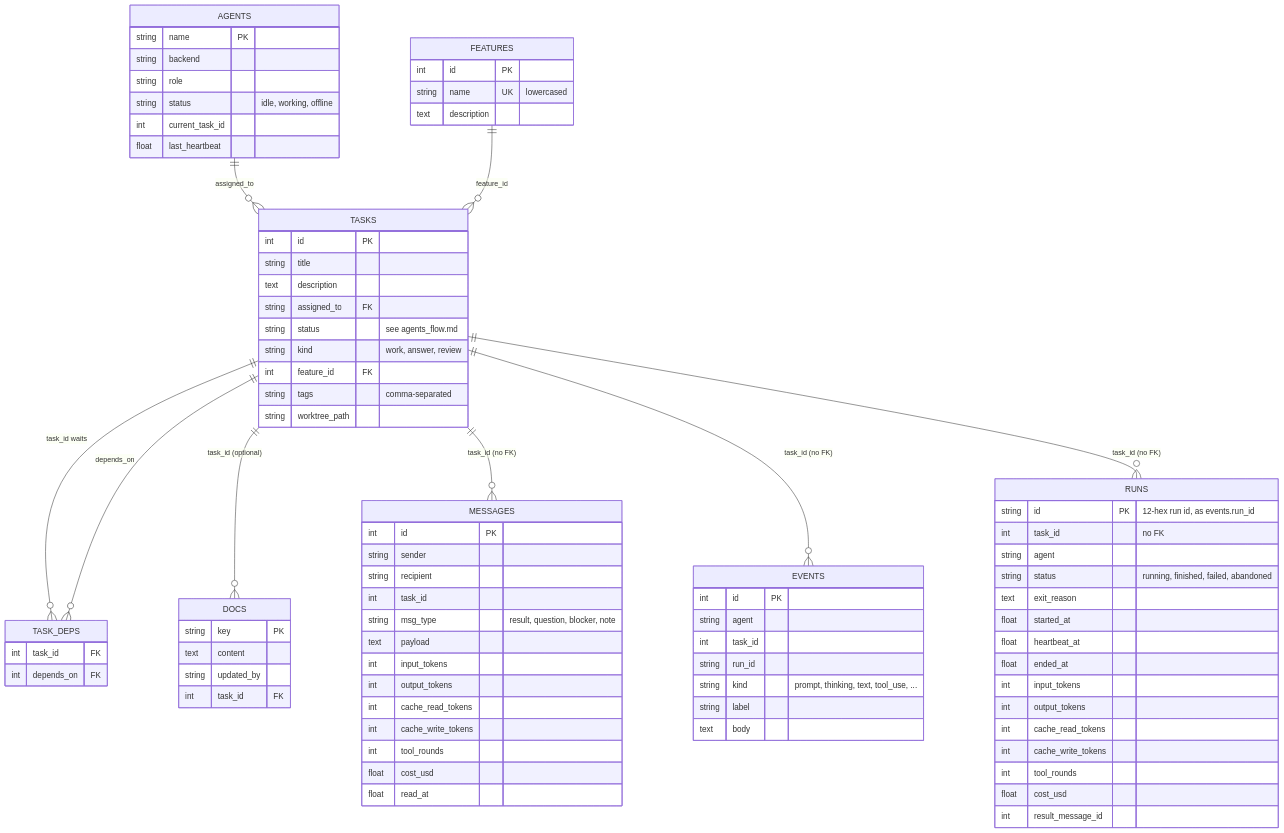
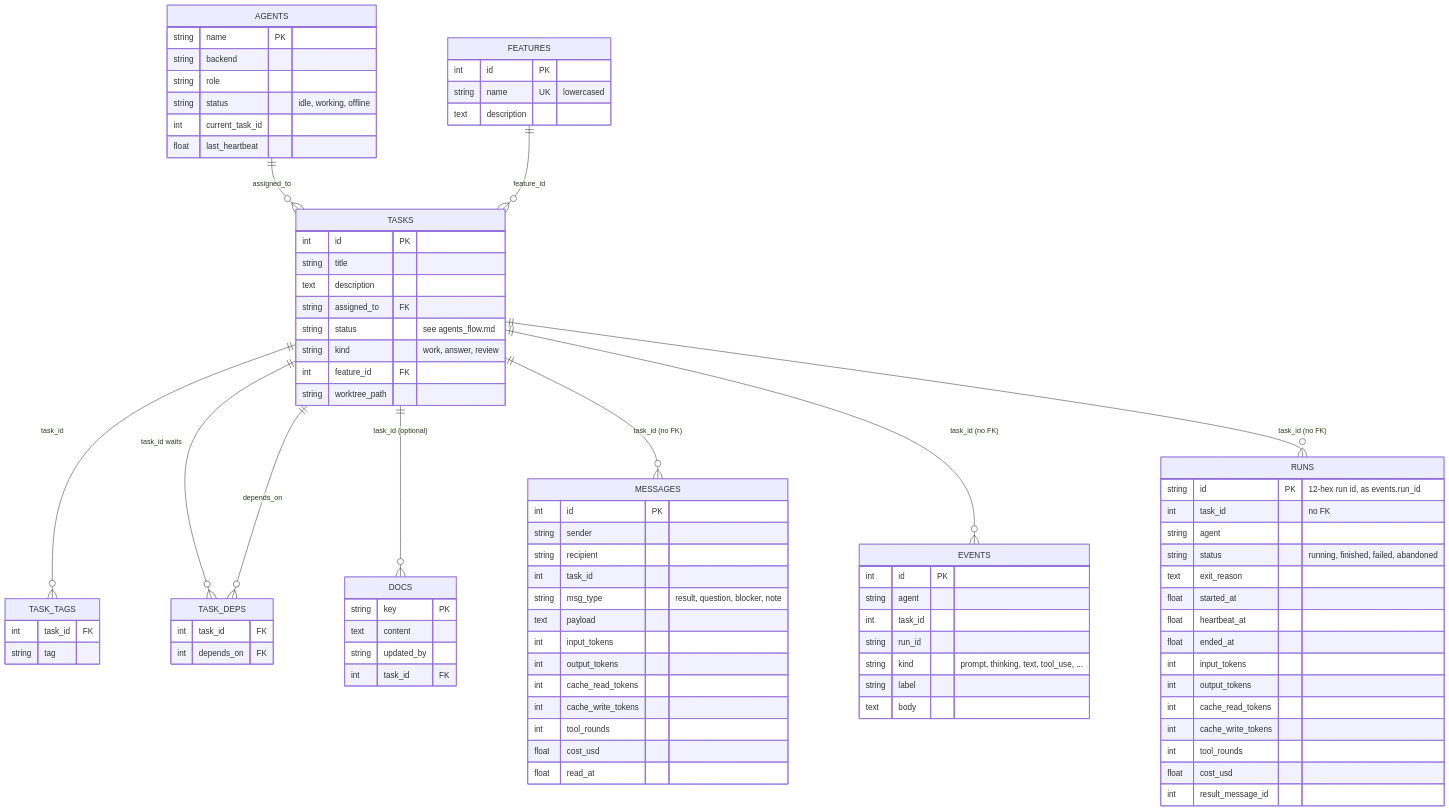
The second of 2 diagrams in docs/architecture.md (mberacochea/kuska), drawn with Mermaid before and after one commit. The commit also changed 8 other files, not shown here.

Commit message:
store task tags in a task_tags table

```diff
--- a/docs/architecture.md
+++ b/docs/architecture.md
@@ -92,6 +92,7 @@
 erDiagram
   AGENTS ||--o{ TASKS : "assigned_to"
   FEATURES ||--o{ TASKS : "feature_id"
+  TASKS ||--o{ TASK_TAGS : "task_id"
   TASKS ||--o{ TASK_DEPS : "task_id waits"
   TASKS ||--o{ TASK_DEPS : "depends_on"
   TASKS ||--o{ DOCS : "task_id (optional)"
@@ -120,8 +121,11 @@
     string status "see agents_flow.md"
     string kind "work, answer, review"
     int feature_id FK
-    string tags "comma-separated"
     string worktree_path
+  }
+  TASK_TAGS {
+    int task_id FK
+    string tag
   }
   TASK_DEPS {
     int task_id FK
```
